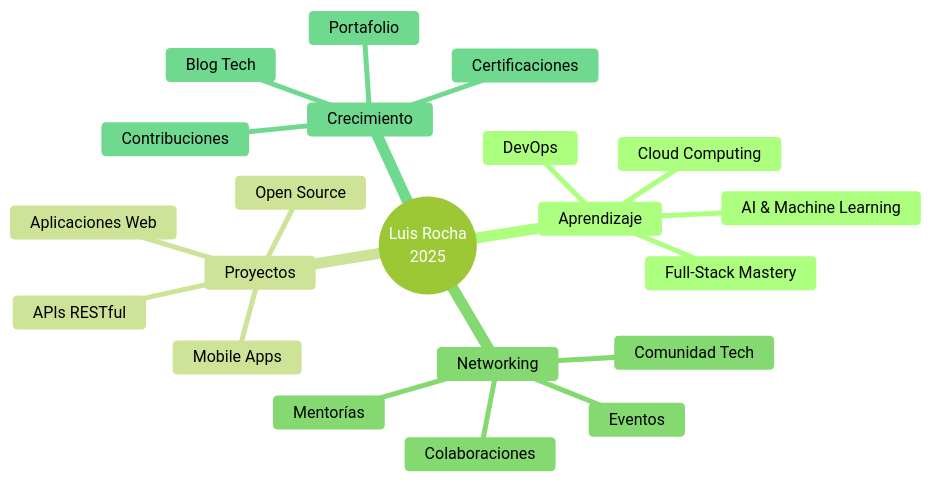
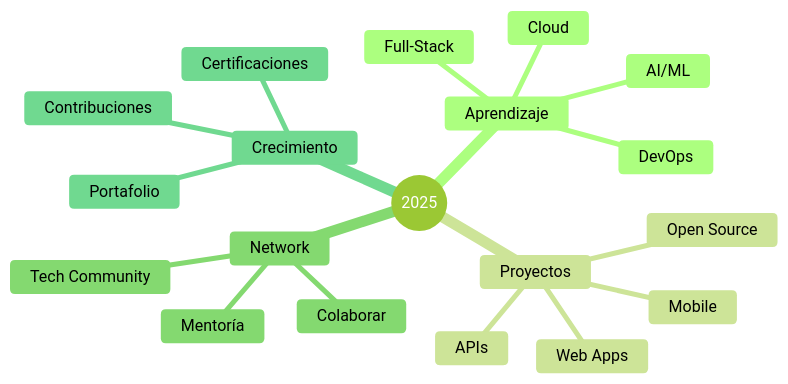
The diagram in README.md (Luiss2080/Luiss2080), drawn with Mermaid (forest theme) before and after one commit. The commit also changed other lines of this file, not shown here.

````diff
--- a/README.md
+++ b/README.md
@@ -191,24 +211,22 @@
 ```mermaid
 mindmap
-  root((Luis Rocha<br/>2025))
+  root((2025))
     Aprendizaje
-      Full-Stack Mastery
-      Cloud Computing
+      Full-Stack
+      Cloud
       DevOps
-      AI & Machine Learning
+      AI/ML
     Proyectos
       Open Source
-      Aplicaciones Web
-      APIs RESTful
-      Mobile Apps
-    Networking
-      Comunidad Tech
-      Colaboraciones
-      Mentorías
-      Eventos
+      Web Apps
+      APIs
+      Mobile
+    Network
+      Tech Community
+      Colaborar
+      Mentoría
     Crecimiento
       Certificaciones
       Portafolio
-      Blog Tech
       Contribuciones
 ```
````
